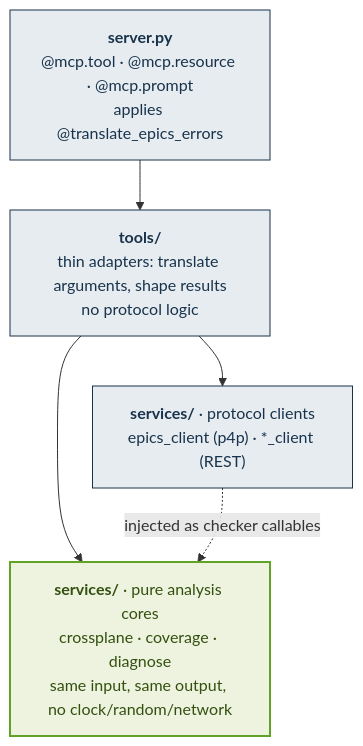
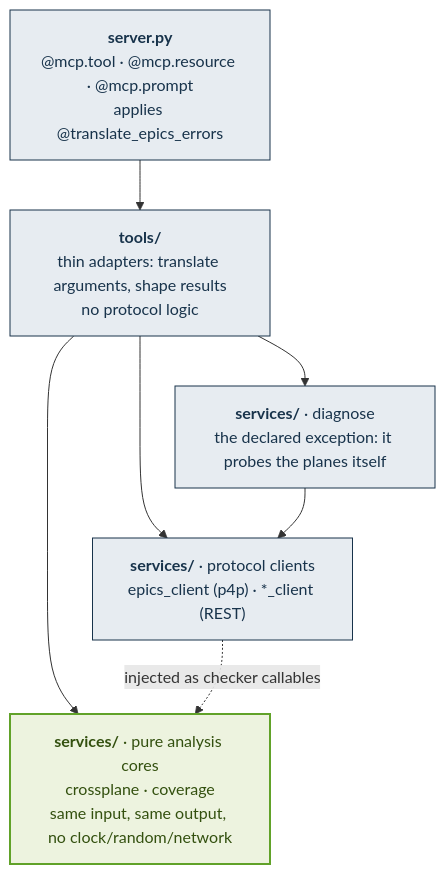
One commit to epicDirk/EPICS-MCP changed the first of 2 diagrams in ARCHITECTURE.md. Above: the diagram before and after it, drawn with Mermaid. The commit also changed other lines of this file and 1 other file, not shown here.

````diff
--- a/ARCHITECTURE.md
+++ b/ARCHITECTURE.md
@@ -10,19 +10,22 @@
 ```mermaid
 graph TD
     A["<b>server.py</b><br/>@mcp.tool · @mcp.resource · @mcp.prompt<br/>applies @translate_epics_errors"]
     B["<b>tools/</b><br/>thin adapters: translate arguments, shape results<br/>no protocol logic"]
-    C["<b>services/</b> · pure analysis cores<br/>crossplane · coverage · diagnose<br/>same input, same output, no clock/random/network"]
+    C["<b>services/</b> · pure analysis cores<br/>crossplane · coverage<br/>same input, same output, no clock/random/network"]
     D["<b>services/</b> · protocol clients<br/>epics_client (p4p) · *_client (REST)"]
+    E["<b>services/</b> · diagnose<br/>the declared exception: it probes the planes itself"]
 
     A --> B
     B --> C
     B --> D
+    B --> E
+    E --> D
     D -. "injected as checker callables" .-> C
 
     %% EPICS palette: #18334B is the single colour of the official EPICS logo, the greens and
     %% grey-blues are taken from epics-controls.org (link, button and secondary-text colours).
     classDef layer fill:#E7ECF1,stroke:#18334B,stroke-width:1px,color:#18334B
     classDef core fill:#EDF3DF,stroke:#61A229,stroke-width:2px,color:#33500F
-    class A,B,D layer
+    class A,B,D,E layer
     class C core
 ```
````
